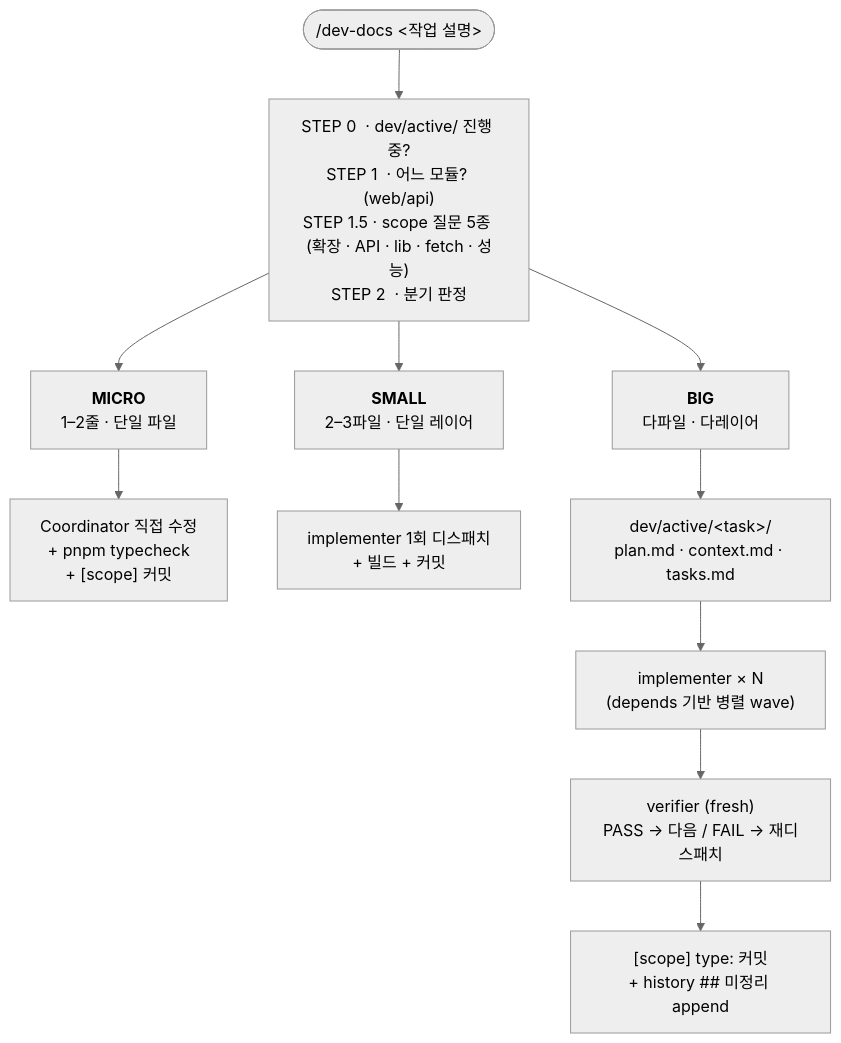
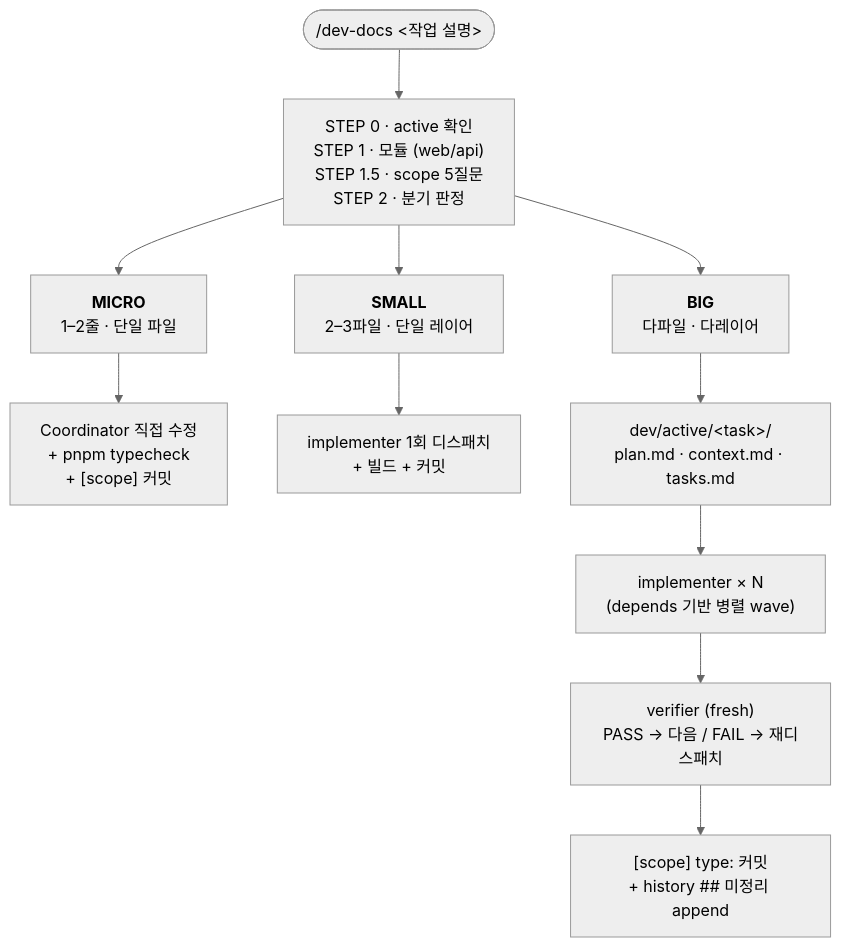
Before and after one commit to Seungwook-Cho/my-small-harness: the second of 2 diagrams in README.md, drawn with Mermaid (neutral theme). The commit also changed other lines of this file, not shown here.

Commit message:
docs: shorten Mermaid Interview node to prevent line wrapping
Interview node had 4 long Korean lines, triggering Mermaid's auto-wrap mid-word
(e.g. '진행 / 중?' split). Shortened each step to a single concept and moved
the scope-5-question detail to a caption below the diagram.

````diff
--- a/README.md
+++ b/README.md
@@ -73,23 +73,23 @@
 ```mermaid
 flowchart TD
     Start(["/dev-docs &lt;작업 설명&gt;"])
-    Interview["STEP 0  · dev/active/ 진행 중?<br/>STEP 1  · 어느 모듈? (web/api)<br/>STEP 1.5 · scope 질문 5종 (확장 · API · lib · fetch · 성능)<br/>STEP 2  · 분기 판정"]
+    Interview["STEP 0 · active 확인<br/>STEP 1 · 모듈 (web/api)<br/>STEP 1.5 · scope 5질문<br/>STEP 2 · 분기 판정"]
     Micro["<b>MICRO</b><br/>1–2줄 · 단일 파일"]
     Small["<b>SMALL</b><br/>2–3파일 · 단일 레이어"]
     Big["<b>BIG</b><br/>다파일 · 다레이어"]
 
     MicroAct["Coordinator 직접 수정<br/>+ pnpm typecheck<br/>+ [scope] 커밋"]
     SmallAct["implementer 1회 디스패치<br/>+ 빌드 + 커밋"]
     BigPlan["dev/active/&lt;task&gt;/<br/>plan.md · context.md · tasks.md"]
     BigImp["implementer × N<br/>(depends 기반 병렬 wave)"]
     BigVer["verifier (fresh)<br/>PASS → 다음 / FAIL → 재디스패치"]
     BigCommit["[scope] type: 커밋<br/>+ history ## 미정리 append"]
 
     Start --> Interview
     Interview --> Micro
     Interview --> Small
     Interview --> Big
     Micro --> MicroAct
     Small --> SmallAct
     Big --> BigPlan --> BigImp --> BigVer --> BigCommit
 ```
````
